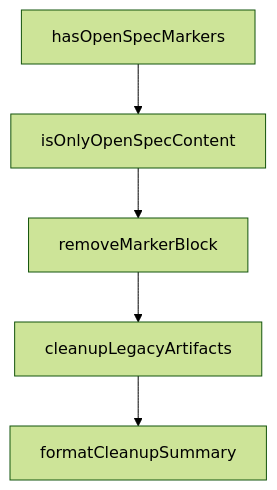
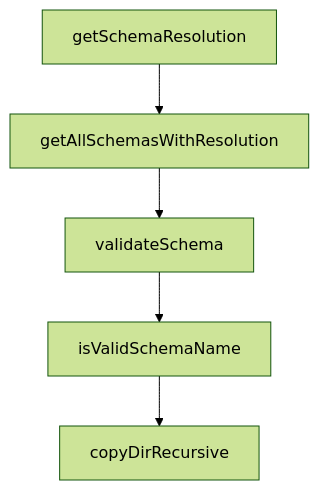
The diagram in tutorials/openspec-tutorial/04-spec-authoring-delta-patterns-and-quality.md (johnxie/awesome-code-docs), drawn with Mermaid (forest theme) before and after one commit. The commit also changed other lines of this file and 1232 other files, not shown here.

````diff
--- a/tutorials/openspec-tutorial/04-spec-authoring-delta-patterns-and-quality.md
+++ b/tutorials/openspec-tutorial/04-spec-authoring-delta-patterns-and-quality.md
@@ -233,12 +231,12 @@
 ```mermaid
 flowchart TD
-    A[hasOpenSpecMarkers]
-    B[isOnlyOpenSpecContent]
-    C[removeMarkerBlock]
-    D[cleanupLegacyArtifacts]
-    E[formatCleanupSummary]
+    A[getSchemaResolution]
+    B[getAllSchemasWithResolution]
+    C[validateSchema]
+    D[isValidSchemaName]
+    E[copyDirRecursive]
     A --> B
     B --> C
     C --> D
     D --> E
 ```
````
